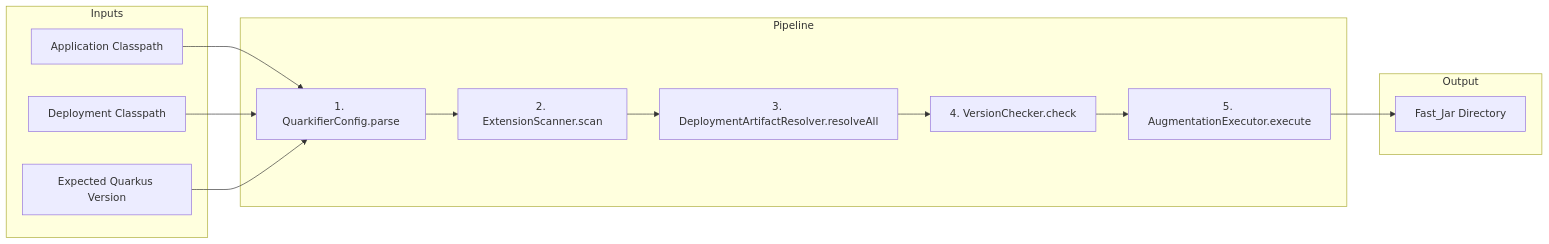
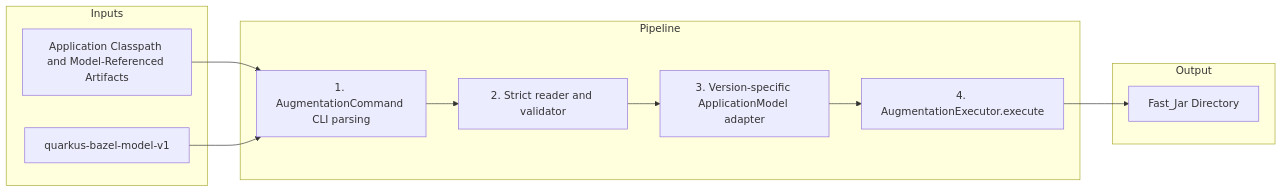
The diagram in docs/quarkifier.md (clementguillot/rules_quarkus), drawn with Mermaid before and after one commit. The commit also changed other lines of this file and 86 other files, not shown here.

First line of the commit message:
feat: replace inferred `ApplicationModel` with explicit Bazel dependency graph (#140)

````diff
--- a/docs/quarkifier.md
+++ b/docs/quarkifier.md
@@ -182,29 +176,25 @@
 ```mermaid
 graph LR
     subgraph Inputs
-        AC[Application Classpath]
-        DC[Deployment Classpath]
-        VER[Expected Quarkus Version]
+        MODEL[quarkus-bazel-model-v1]
+        AC[Application Classpath and Model-Referenced Artifacts]
     end
 
     subgraph Pipeline
-        PARSE[1. QuarkifierConfig.parse]
-        SCAN[2. ExtensionScanner.scan]
-        RESOLVE[3. DeploymentArtifactResolver.resolveAll]
-        VCHECK[4. VersionChecker.check]
-        EXEC[5. AugmentationExecutor.execute]
+        PARSE[1. AugmentationCommand CLI parsing]
+        READ[2. Strict reader and validator]
+        ADAPT[3. Version-specific ApplicationModel adapter]
+        EXEC[4. AugmentationExecutor.execute]
     end
 
     subgraph Output
         FJ[Fast_Jar Directory]
     end
 
     AC --> PARSE
-    DC --> PARSE
-    VER --> PARSE
-    PARSE --> SCAN
-    SCAN --> RESOLVE
-    RESOLVE --> VCHECK
-    VCHECK --> EXEC
+    MODEL --> PARSE
+    PARSE --> READ
+    READ --> ADAPT
+    ADAPT --> EXEC
     EXEC --> FJ
 ```
````
